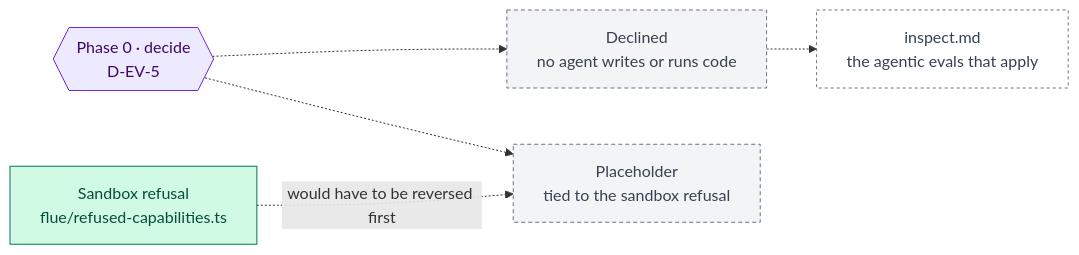
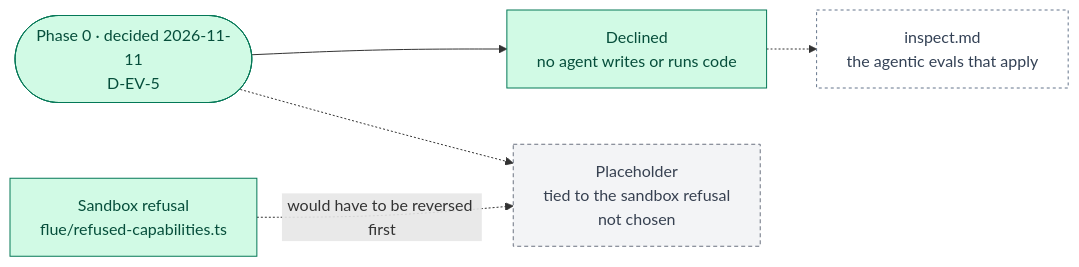
One commit to RodnaPamet/inflect-compliance changed the diagram in docs/ai-architecture/swe-bench.md. Above: the diagram before and after it, drawn with Mermaid. The commit also changed other lines of this file and 287 other files, not shown here.

First line of the commit message:
AI roadmap waves 0–1: owner decisions, 22 phases built across 15 roadmaps (#5323)

````diff
--- a/docs/ai-architecture/swe-bench.md
+++ b/docs/ai-architecture/swe-bench.md
@@ -30,19 +33,19 @@
 ```mermaid
 flowchart LR
-  P0{{"Phase 0 · decide<br/>D-EV-5"}}:::gate
-  DEC["Declined<br/>no agent writes or runs code"]:::declined
-  PH["Placeholder<br/>tied to the sandbox refusal"]:::declined
+  P0(["Phase 0 · decided 2026-11-11<br/>D-EV-5"]):::done
+  DEC["Declined<br/>no agent writes or runs code"]:::done
+  PH["Placeholder<br/>tied to the sandbox refusal<br/>not chosen"]:::declined
   REF["Sandbox refusal<br/>flue/refused-capabilities.ts"]:::done
   INS["inspect.md<br/>the agentic evals that apply"]:::ext
-  P0 -.-> DEC
+  P0 --> DEC
   P0 -.-> PH
   REF -.->|would have to be reversed first| PH
   DEC -.-> INS
 
   classDef done fill:#d1fae5,stroke:#047857,color:#064e3b
   classDef todo fill:#dbeafe,stroke:#1d4ed8,color:#1e3a8a
   classDef gate fill:#ede9fe,stroke:#6d28d9,color:#3b0764
   classDef ext fill:#ffffff,stroke:#64748b,color:#334155,stroke-dasharray:3 3
   classDef eval fill:#fce7f3,stroke:#be185d,color:#831843
   classDef declined fill:#f3f4f6,stroke:#6b7280,color:#374151,stroke-dasharray:4 3
 ```
````
